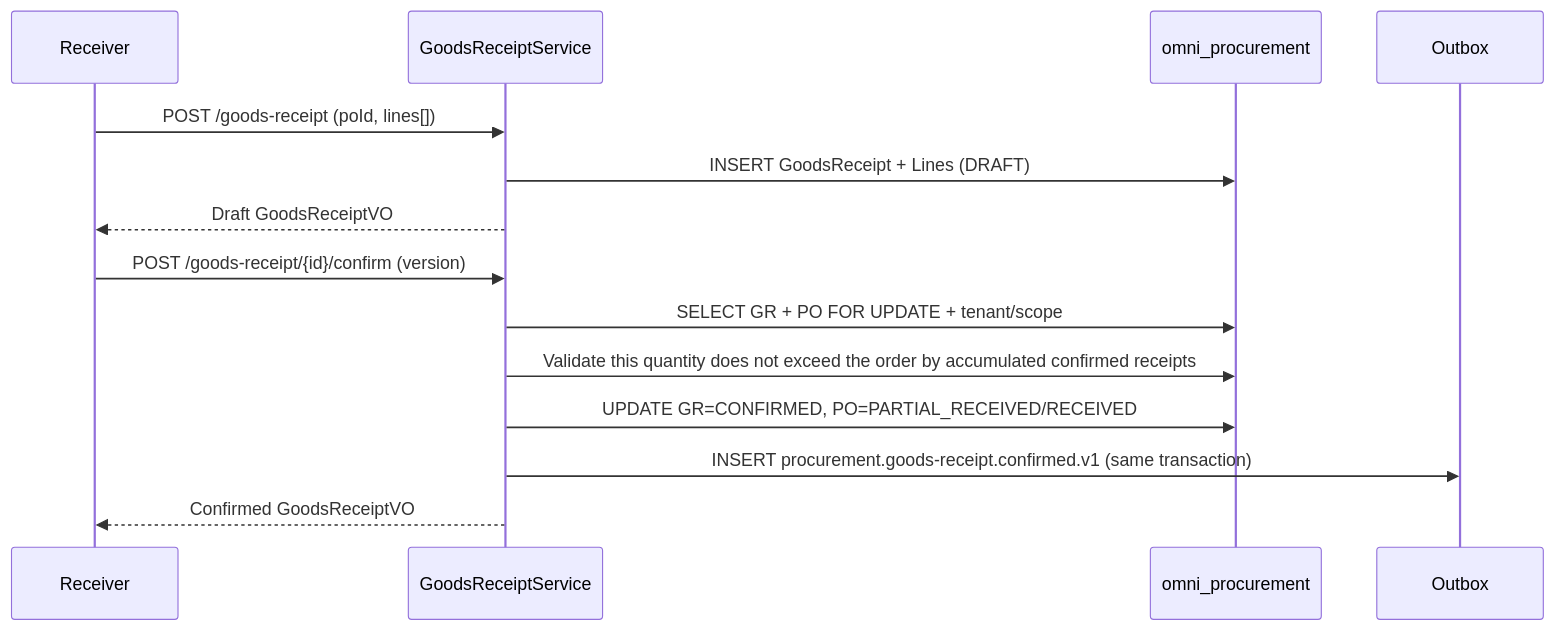
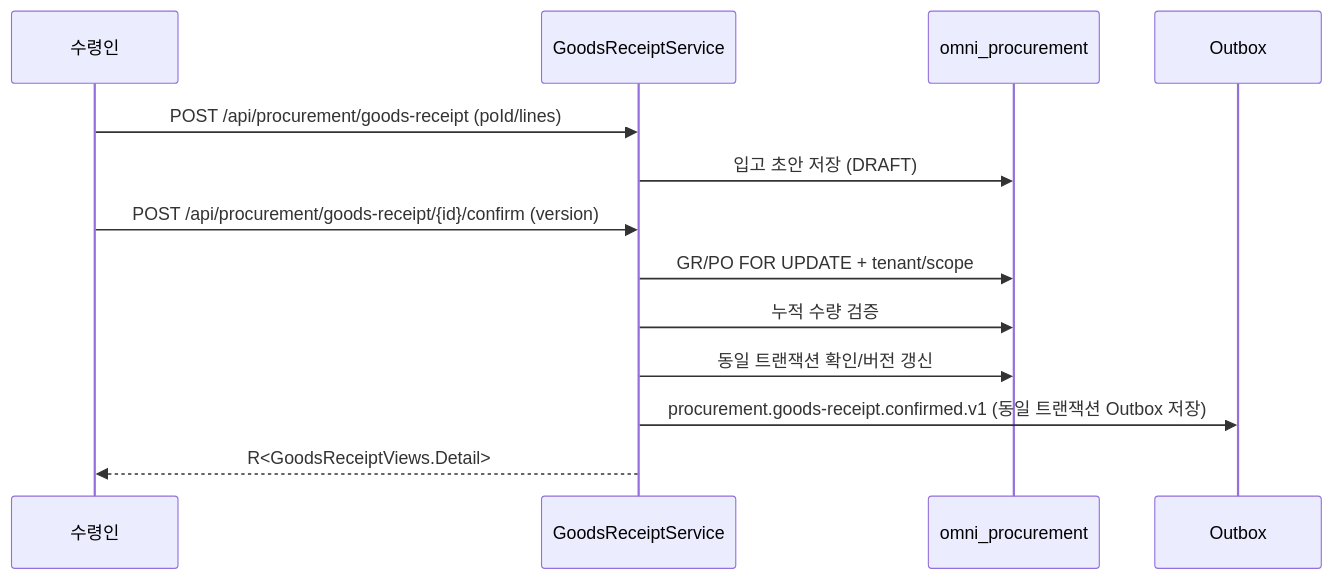
Before and after one commit to wang-baohai/Omni-Stack: the seventh of 7 diagrams in docs/design/procurement-design.kr.md, drawn with Mermaid. The commit also changed other lines of this file and 1095 other files, not shown here.

````diff
--- a/docs/design/procurement-design.kr.md
+++ b/docs/design/procurement-design.kr.md
@@ -334,17 +336,15 @@
 ```mermaid
 sequenceDiagram
-    participant R as Receiver
+    participant R as 수령인
     participant S as GoodsReceiptService
     participant DB as omni_procurement
     participant O as Outbox
-
-    R->>S: POST /goods-receipt (poId, lines[])
-    S->>DB: INSERT GoodsReceipt + Lines (DRAFT)
-    S-->>R: Draft GoodsReceiptVO
-    R->>S: POST /goods-receipt/{id}/confirm (version)
-    S->>DB: SELECT GR + PO FOR UPDATE + tenant/scope
-    S->>DB: Validate this quantity does not exceed the order by accumulated confirmed receipts
-    S->>DB: UPDATE GR=CONFIRMED, PO=PARTIAL_RECEIVED/RECEIVED
-    S->>O: INSERT procurement.goods-receipt.confirmed.v1 (same transaction)
-    S-->>R: Confirmed GoodsReceiptVO
+    R->>S: POST /api/procurement/goods-receipt (poId/lines)
+    S->>DB: 입고 초안 저장 (DRAFT)
+    R->>S: POST /api/procurement/goods-receipt/{id}/confirm (version)
+    S->>DB: GR/PO FOR UPDATE + tenant/scope
+    S->>DB: 누적 수량 검증
+    S->>DB: 동일 트랜잭션 확인/버전 갱신
+    S->>O: procurement.goods-receipt.confirmed.v1 (동일 트랜잭션 Outbox 저장)
+    S-->>R: R<GoodsReceiptViews.Detail>
 ```
````
